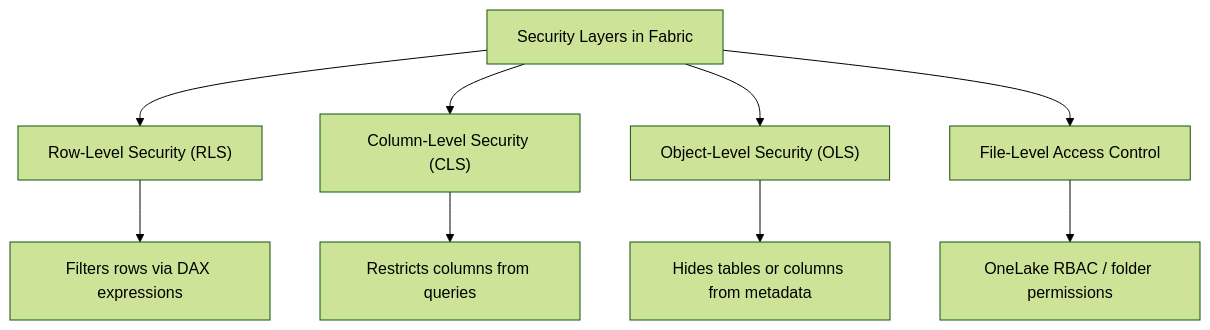
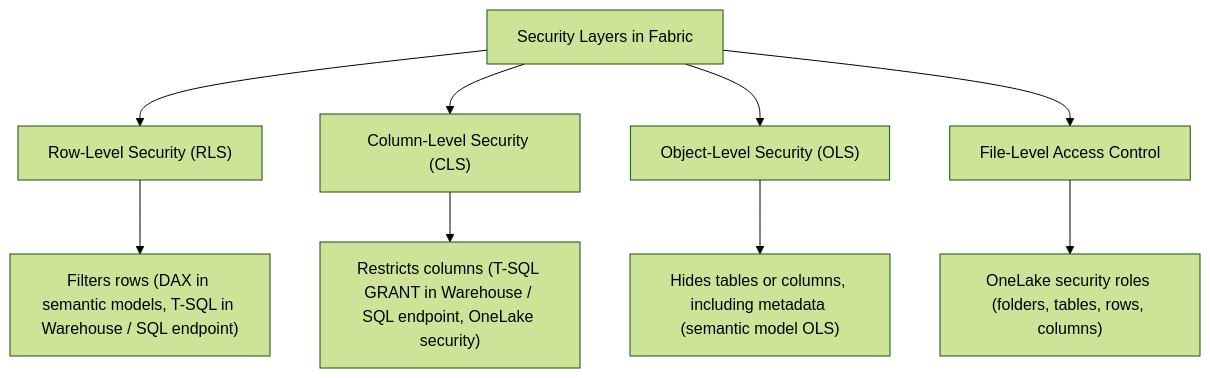
One commit to marcogrimaldi29/dp-600-study-notes changed the first of 4 diagrams in 01-maintain-data-analytics-solution.md. Above: the diagram before and after it, drawn with Mermaid (forest theme). The commit also changed other lines of this file and 12 other files, not shown here.

````diff
--- a/01-maintain-data-analytics-solution.md
+++ b/01-maintain-data-analytics-solution.md
@@ -62,11 +62,11 @@
 ```mermaid
 graph TD
     A["Security Layers in Fabric"] --> B["Row-Level Security (RLS)"]
     A --> C["Column-Level Security (CLS)"]
     A --> D["Object-Level Security (OLS)"]
     A --> E["File-Level Access Control"]
-    B --> B1["Filters rows via DAX expressions"]
-    C --> C1["Restricts columns from queries"]
-    D --> D1["Hides tables or columns from metadata"]
-    E --> E1["OneLake RBAC / folder permissions"]
+    B --> B1["Filters rows (DAX in semantic models, T-SQL in Warehouse / SQL endpoint)"]
+    C --> C1["Restricts columns (T-SQL GRANT in Warehouse / SQL endpoint, OneLake security)"]
+    D --> D1["Hides tables or columns, including metadata (semantic model OLS)"]
+    E --> E1["OneLake security roles (folders, tables, rows, columns)"]
 ```
````
